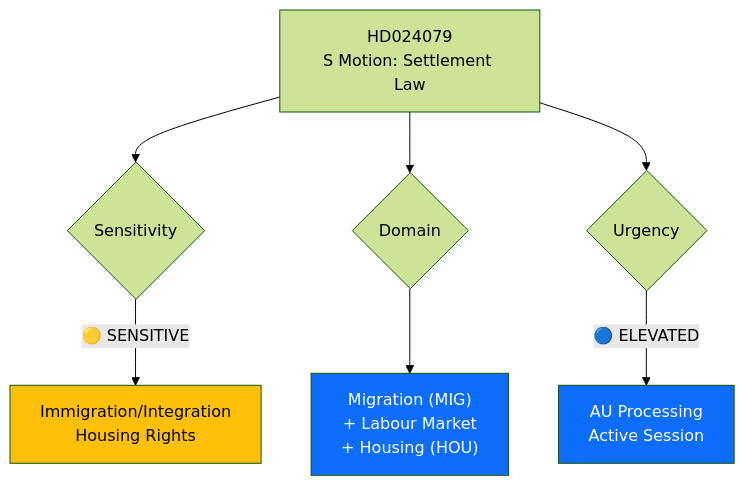
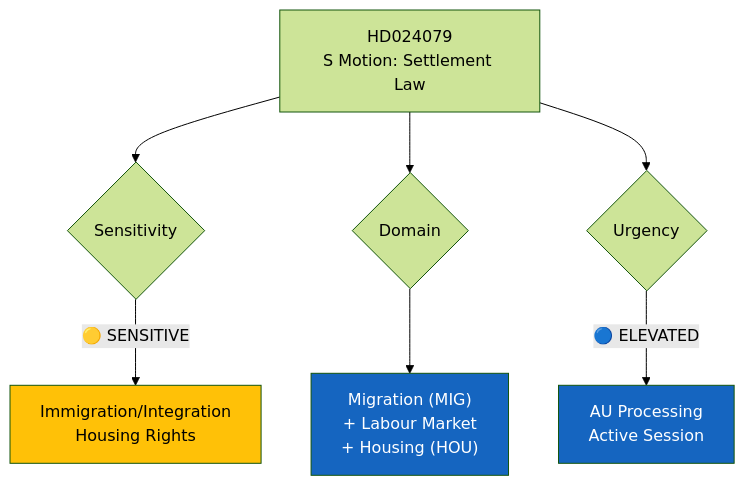
The diagram in analysis/daily/2026-04-15/realtime-0954/documents/hd024079-analysis.md (Hack23/riksdagsmonitor), drawn with Mermaid (forest theme) before and after one commit. The commit also changed 785 other files, not shown here.

First line of the commit message:
Normalize mermaid colors across 786 analysis artifacts to ISMS Style Guide palette

````diff
--- a/analysis/daily/2026-04-15/realtime-0954/documents/hd024079-analysis.md
+++ b/analysis/daily/2026-04-15/realtime-0954/documents/hd024079-analysis.md
@@ -26,13 +26,13 @@
 ```mermaid
 graph TD
     A["HD024079<br/>S Motion: Settlement Law"] --> B{"Sensitivity"}
     B -->|"🟡 SENSITIVE"| C["Immigration/Integration<br/>Housing Rights"]
     A --> D{"Domain"}
     D --> E["Migration (MIG)<br/>+ Labour Market<br/>+ Housing (HOU)"]
     A --> F{"Urgency"}
     F -->|"🔵 ELEVATED"| G["AU Processing<br/>Active Session"]
 
-    style C fill:#ffc107,color:#000
-    style E fill:#0d6efd,color:#fff
-    style G fill:#0d6efd,color:#fff
+    style C fill:#FFC107,color:#000000
+    style E fill:#1565C0,color:#FFFFFF
+    style G fill:#1565C0,color:#FFFFFF
 ```
````
